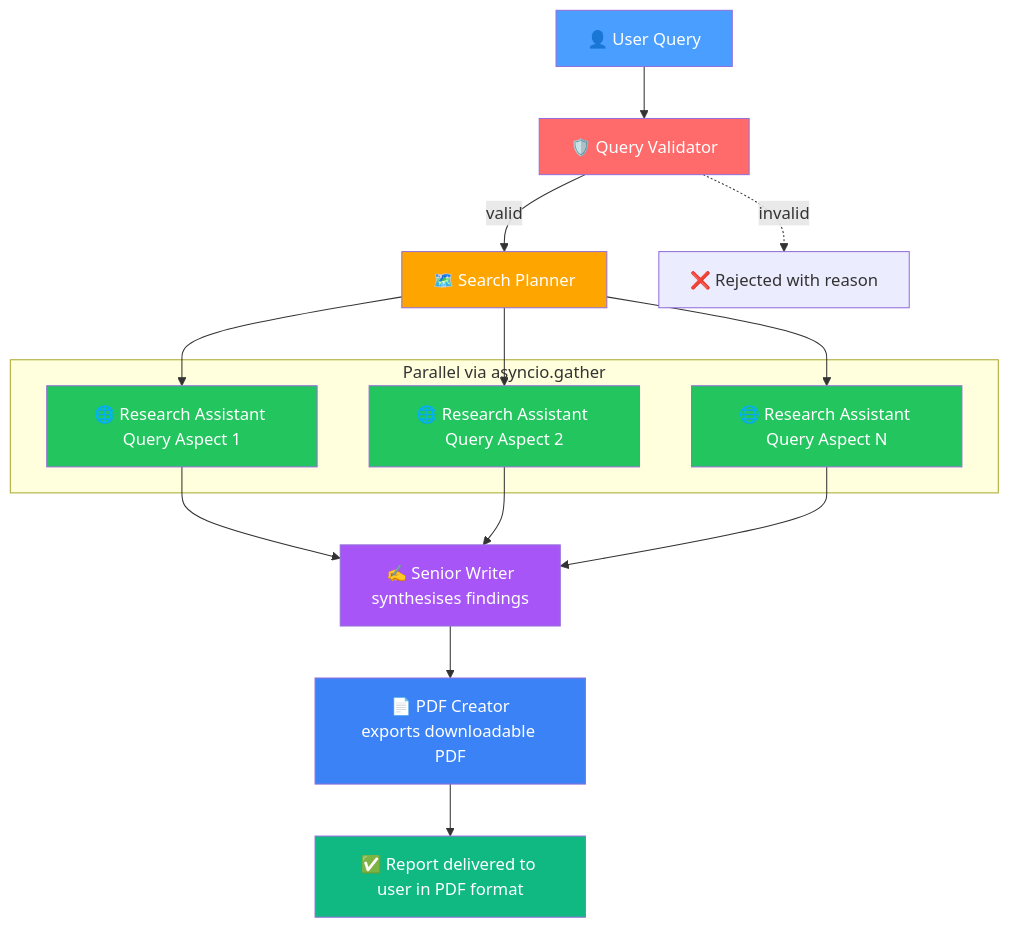
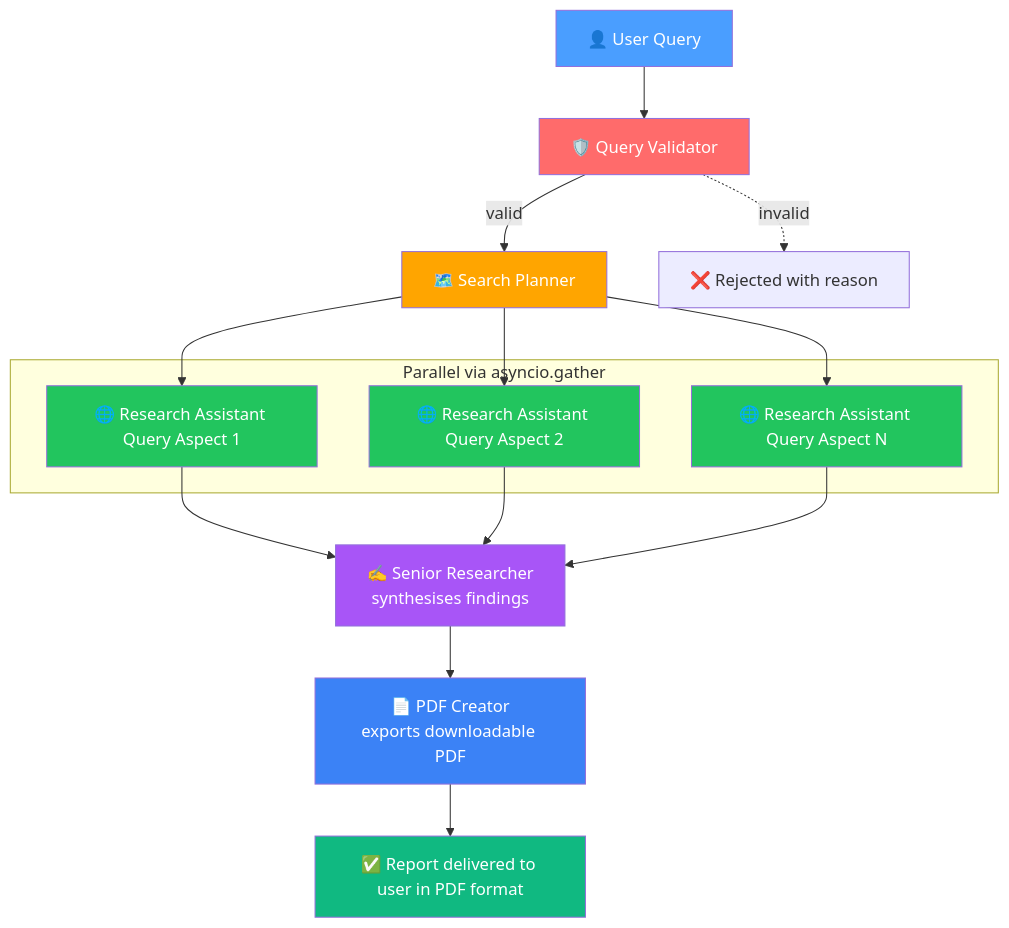
The diagram in README.md (yasinemirkutlu44/LLM-Orchestrated-Agentic-AI-Researcher), drawn with Mermaid before and after one commit. The commit also changed other lines of this file, not shown here.

Commit message:
Rename roles in README from Writer to Researcher

````diff
--- a/README.md
+++ b/README.md
@@ -39,32 +41,32 @@
 ```mermaid
 flowchart TD
     A[👤 User Query] --> B[🛡️ Query Validator]
     B -->|valid| C[🗺️ Search Planner]
     
     subgraph parallel [Parallel via asyncio.gather]
         D1[🌐 Research Assistant Query Aspect 1]
         D2[🌐 Research Assistant Query Aspect 2]
         D3[🌐 Research Assistant Query Aspect N]
     end
     
     C --> D1
     C --> D2
     C --> D3
-    D1 --> E[✍️ Senior Writer<br/>synthesises findings]
+    D1 --> E[✍️ Senior Researcher<br/>synthesises findings]
     D2 --> E
     D3 --> E
     E --> F[📄 PDF Creator<br/>exports downloadable PDF]
     F --> G[✅ Report delivered to user in PDF format]
     
     B -.->|invalid| X[❌ Rejected with reason]
 
     style A fill:#4a9eff,color:#fff
     style B fill:#ff6b6b,color:#fff
     style C fill:#ffa500,color:#fff
     style D1 fill:#22c55e,color:#fff
     style D2 fill:#22c55e,color:#fff
     style D3 fill:#22c55e,color:#fff
     style E fill:#a855f7,color:#fff
     style F fill:#3b82f6,color:#fff
     style G fill:#10b981,color:#fff
 ```
````
